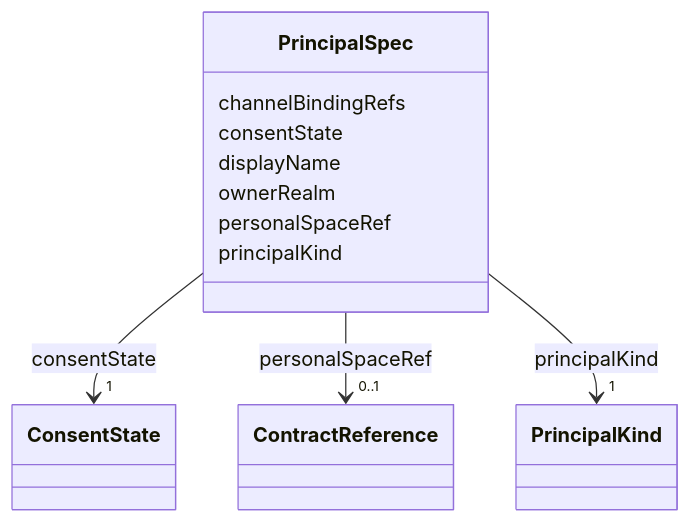
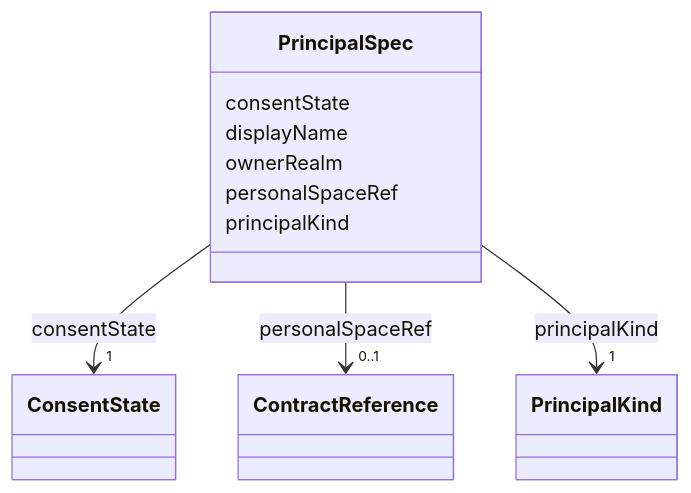
Before and after one commit to open4good/jumo-core: the diagram in metamodel/generated/docs/PrincipalSpec.md, drawn with Mermaid. The commit also changed other lines of this file and 19 other files, not shown here.

````diff
--- a/metamodel/generated/docs/PrincipalSpec.md
+++ b/metamodel/generated/docs/PrincipalSpec.md
@@ -18,45 +18,43 @@
 ```mermaid
  classDiagram
     class PrincipalSpec
     click PrincipalSpec href "../PrincipalSpec/"
-      PrincipalSpec : channelBindingRefs
-
       PrincipalSpec : consentState
 
 
 
 
 
         PrincipalSpec --> "1" ConsentState : consentState
         click ConsentState href "../ConsentState/"
 
 
 
       PrincipalSpec : displayName
 
       PrincipalSpec : ownerRealm
 
       PrincipalSpec : personalSpaceRef
 
 
 
 
 
         PrincipalSpec --> "0..1" ContractReference : personalSpaceRef
         click ContractReference href "../ContractReference/"
 
 
 
       PrincipalSpec : principalKind
 
 
 
 
 
         PrincipalSpec --> "1" PrincipalKind : principalKind
         click PrincipalKind href "../PrincipalKind/"
 
 
 
 
 ```
````
